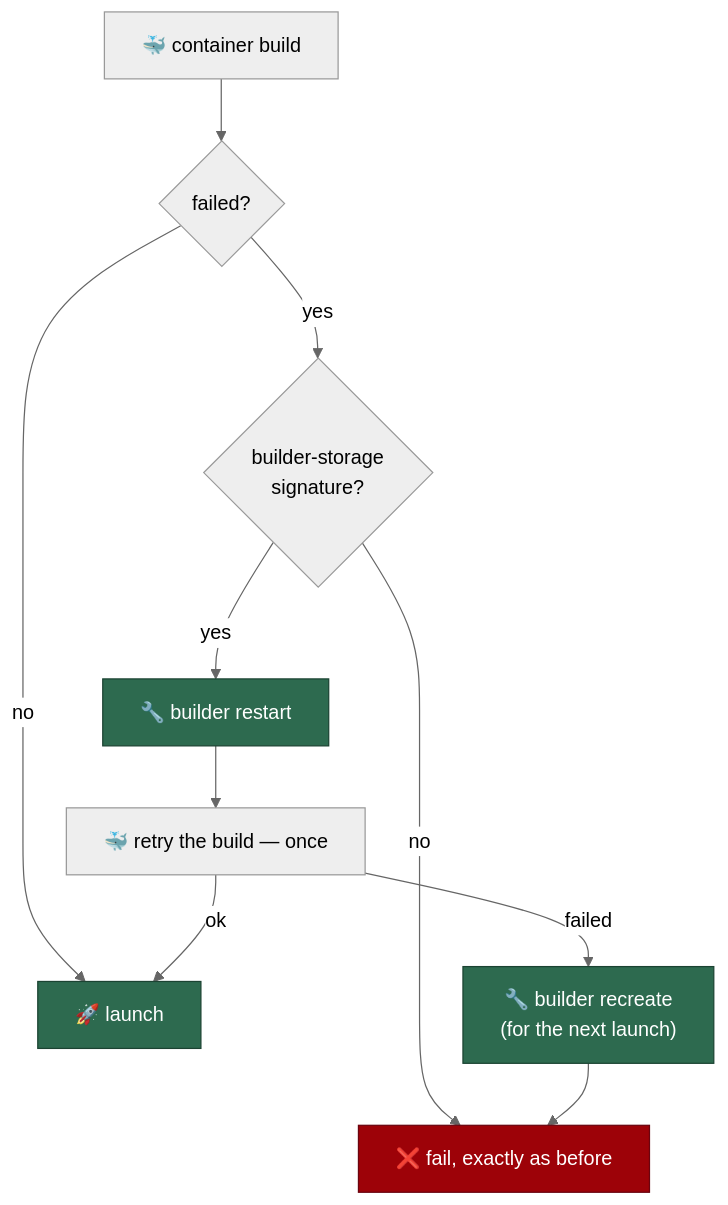
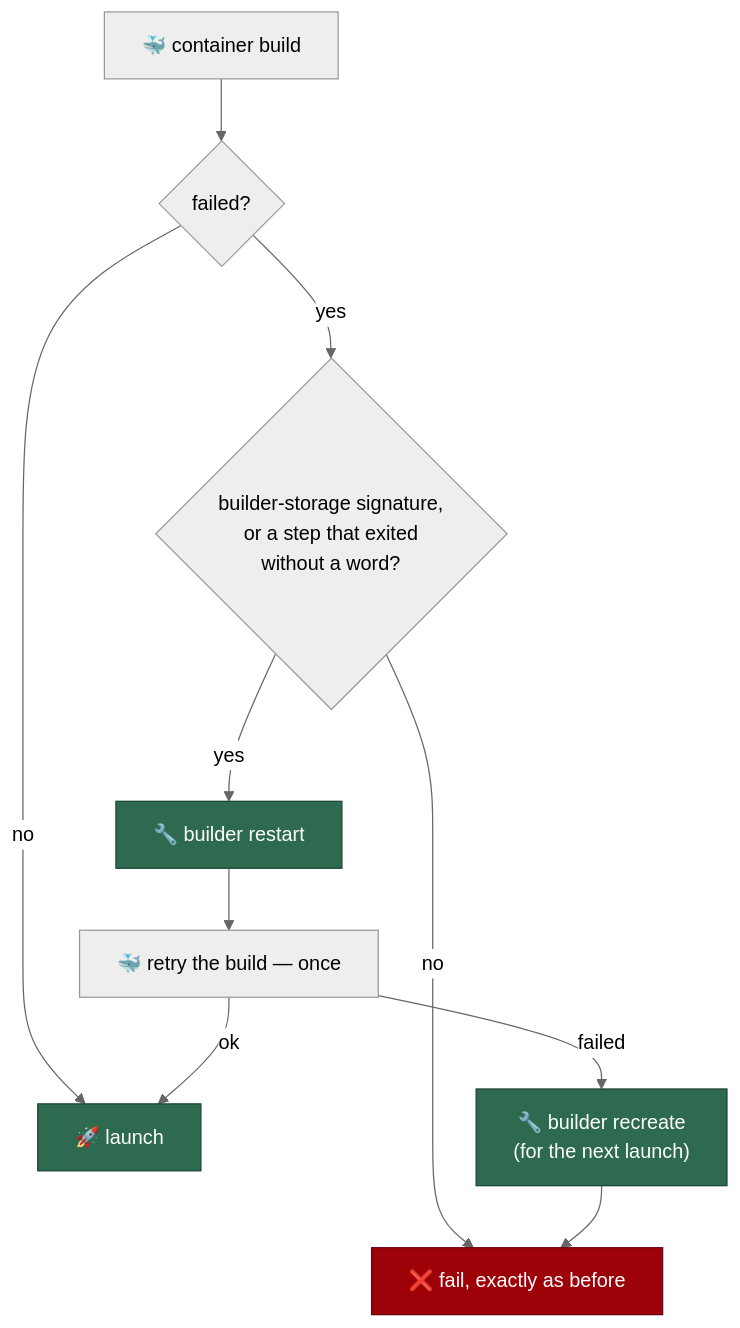
The eighth of 21 diagrams in docs/CONTAINER.md (stSoftwareAU/VibeCoder), drawn with Mermaid (neutral theme) before and after one commit. The commit also changed other lines of this file and 3 other files, not shown here.

First line of the commit message:
Heal a build whose failing step exited without a word by recreating the builder (Issue #2089)

````diff
--- a/docs/CONTAINER.md
+++ b/docs/CONTAINER.md
@@ -730,15 +737,15 @@
 ```mermaid
 flowchart TD
     B["🐳 container build"] --> Q{"failed?"}
     Q -->|no| G["🚀 launch"]
-    Q -->|yes| C{"builder-storage<br/>signature?"}
+    Q -->|yes| C{"builder-storage signature,<br/>or a step that exited<br/>without a word?"}
     C -->|no| F["❌ fail, exactly as before"]
     C -->|yes| H["🔧 builder restart"]
     H --> R["🐳 retry the build — once"]
     R -->|ok| G
     R -->|failed| E["🔧 builder recreate<br/>(for the next launch)"] --> F
     style G fill:#2d6a4f,stroke:#1b4332,color:#fff
     style H fill:#2d6a4f,stroke:#1b4332,color:#fff
     style E fill:#2d6a4f,stroke:#1b4332,color:#fff
     style F fill:#9d0208,stroke:#6a040f,color:#fff
 ```
````
